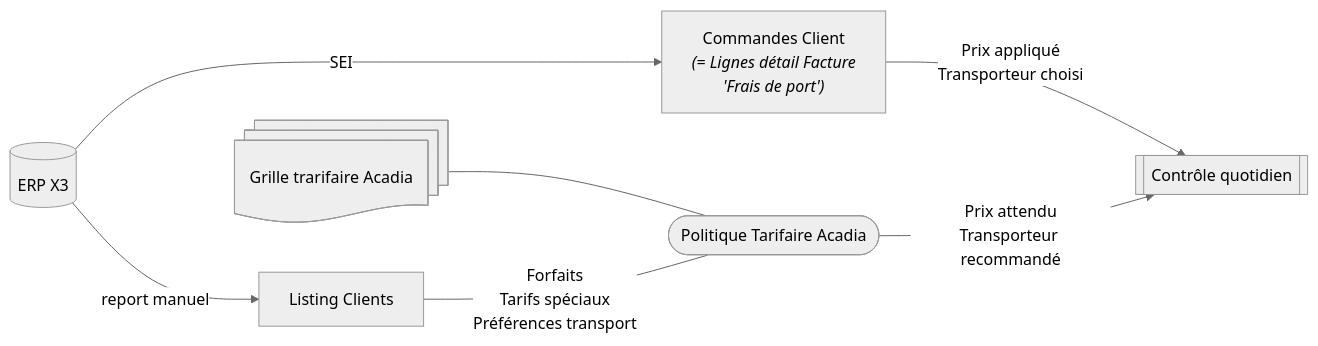
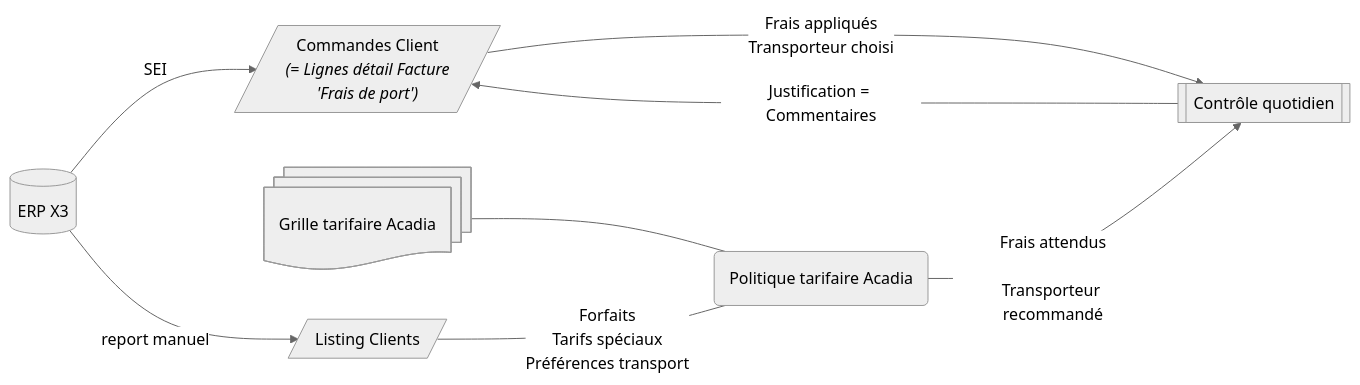
The first of 2 diagrams in README.md (Acadia-Informatique/ComptaTransport), drawn with Mermaid (neutral theme) before and after one commit. The commit also changed other lines of this file, not shown here.

Commit message:
Update README.md with charts

````diff
--- a/README.md
+++ b/README.md
@@ -20,27 +24,29 @@
 ```mermaid
 flowchart LR
-    X3[(ERP X3)]    
-    Factures["`Commandes Client
-            *(= Lignes détail Facture
-            'Frais de port')* `"]
-    GrilleAca[Grille trarifaire Acadia]
-    GrilleAca@{shape: docs}
-    Clients[Listing Clients]
-    Tarifs([Politique Tarifaire Acadia])
-    Controle[[Contrôle quotidien]]
+X3[(ERP X3)]
+Factures[/"`Commandes Client
+		*(= Lignes détail Facture
+		'Frais de port')* `"/]
+GrilleAca[Grille tarifaire Acadia]
+GrilleAca@{shape: docs}
+Clients[/Listing Clients/]
+Tarifs(Politique tarifaire Acadia)
+Controle[[Contrôle quotidien]]
 
 
-    X3 -- SEI --> Factures
-    X3 -- report manuel --> Clients
+X3 -- SEI --> Factures
+X3 -- report manuel --> Clients
 
-    GrilleAca --- Tarifs
-    Clients -- "`Forfaits
-                Tarifs spéciaux
-                Préférences transport`" --- Tarifs
-    
-    Factures -- "`Prix appliqué
-                    Transporteur choisi`" --> Controle
+GrilleAca --- Tarifs
+Clients -- "`Forfaits
+			Tarifs spéciaux
+			Préférences transport`" --- Tarifs
 
-    Tarifs -- "`Prix attendu
-                    Transporteur recommandé `" --> Controle
+Factures -- "`Frais appliqués
+				Transporteur choisi`" --> Controle
+
+Tarifs -- "`Frais attendus
+				Transporteur recommandé `" --> Controle
+
+Controle --->|Justification = Commentaires | Factures
 ```
````
